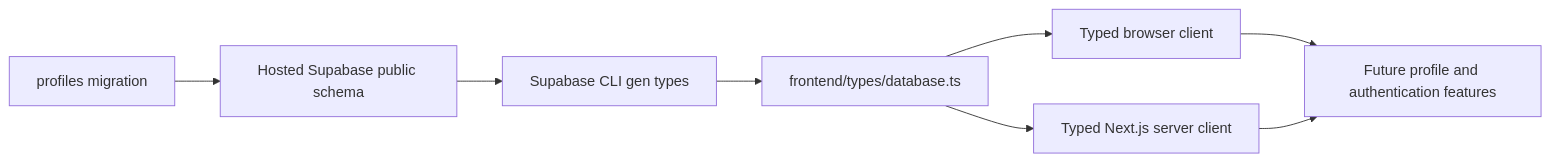
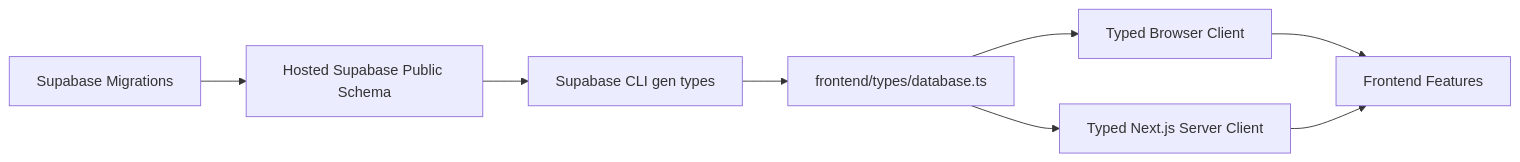
The tenth of 31 diagrams in docs/ARCHITECTURE.md (jianna-acc/stsp-capstone), drawn with Mermaid before and after one commit. The commit also changed other lines of this file and 29 other files, not shown here.

````diff
--- a/docs/ARCHITECTURE.md
+++ b/docs/ARCHITECTURE.md
@@ -527,20 +428,20 @@
 ```mermaid
 flowchart LR
-    MIGRATION["profiles migration"]
-    HOSTED["Hosted Supabase public schema"]
+    MIGRATIONS["Supabase Migrations"]
+    HOSTED["Hosted Supabase Public Schema"]
     CLI["Supabase CLI gen types"]
     TYPES["frontend/types/database.ts"]
-    BROWSER["Typed browser client"]
-    SERVER["Typed Next.js server client"]
-    FEATURES["Future profile and authentication features"]
+    BROWSER["Typed Browser Client"]
+    SERVER["Typed Next.js Server Client"]
+    FEATURES["Frontend Features"]
 
-    MIGRATION --> HOSTED
+    MIGRATIONS --> HOSTED
     HOSTED --> CLI
     CLI --> TYPES
 
     TYPES --> BROWSER
     TYPES --> SERVER
 
     BROWSER --> FEATURES
     SERVER --> FEATURES
 ```
````
